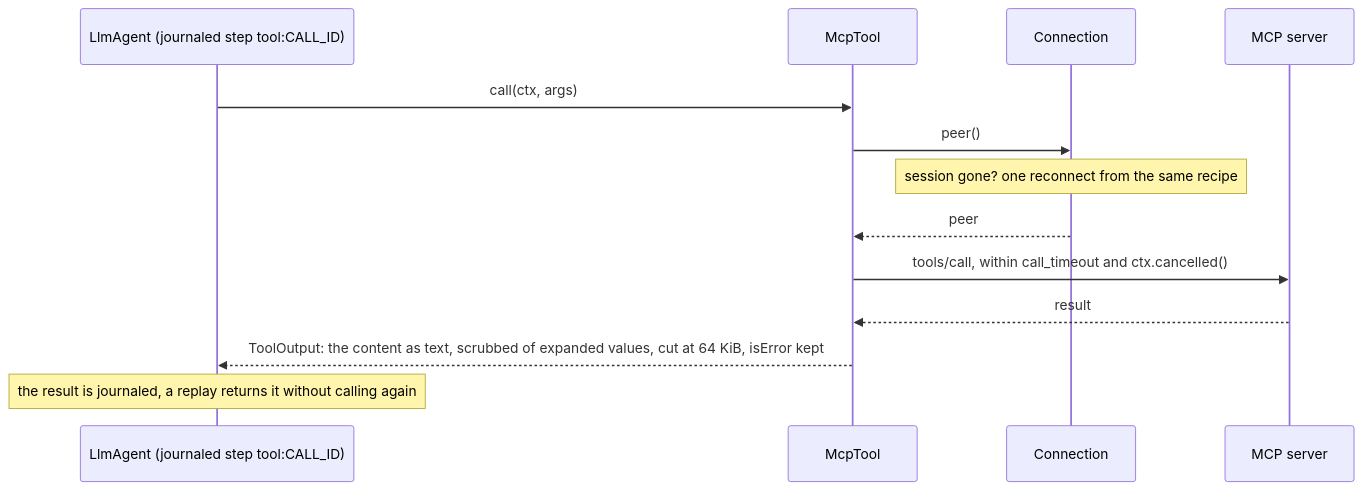
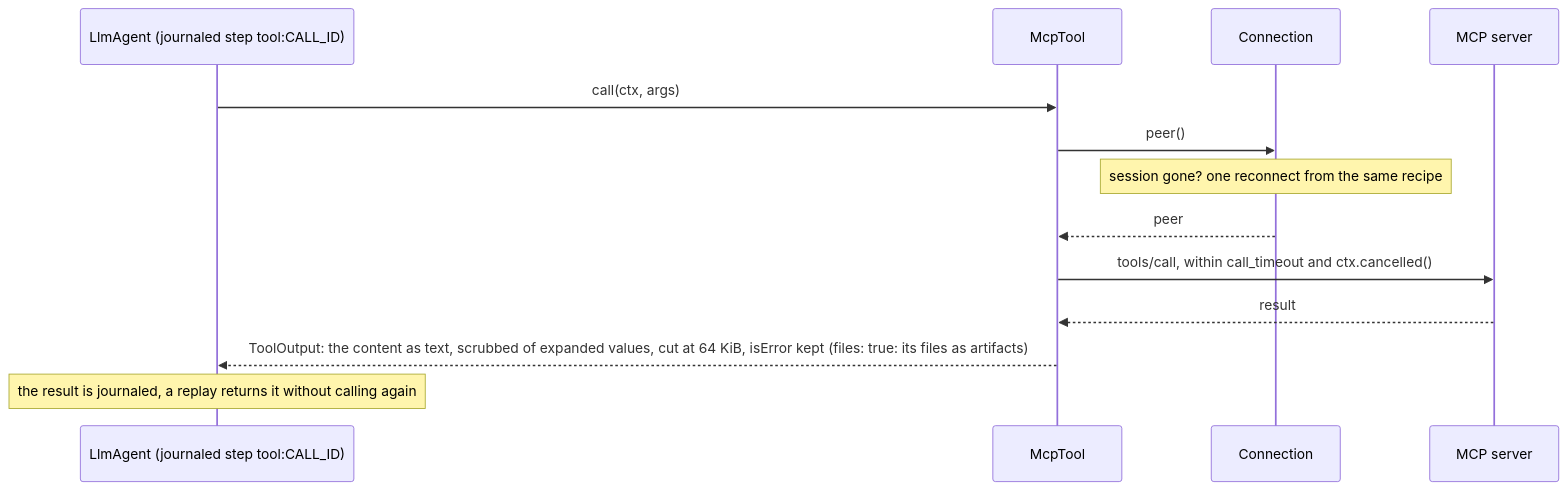
The eighth of 9 diagrams in crates/adam-mcp/README.md (vymalo/another-adam-rs), drawn with Mermaid before and after one commit. The commit also changed other lines of this file and 55 other files, not shown here.

````diff
--- a/crates/adam-mcp/README.md
+++ b/crates/adam-mcp/README.md
@@ -281,15 +359,15 @@
 ```mermaid
 sequenceDiagram
     participant L as LlmAgent (journaled step tool:CALL_ID)
     participant T as McpTool
     participant C as Connection
     participant S as MCP server
     L->>T: call(ctx, args)
     T->>C: peer()
     Note over C: session gone? one reconnect from the same recipe
     C-->>T: peer
     T->>S: tools/call, within call_timeout and ctx.cancelled()
     S-->>T: result
-    T-->>L: ToolOutput: the content as text, scrubbed of expanded values, cut at 64 KiB, isError kept
+    T-->>L: ToolOutput: the content as text, scrubbed of expanded values, cut at 64 KiB, isError kept (files: true: its files as artifacts)
     Note over L: the result is journaled, a replay returns it without calling again
 ```
````
